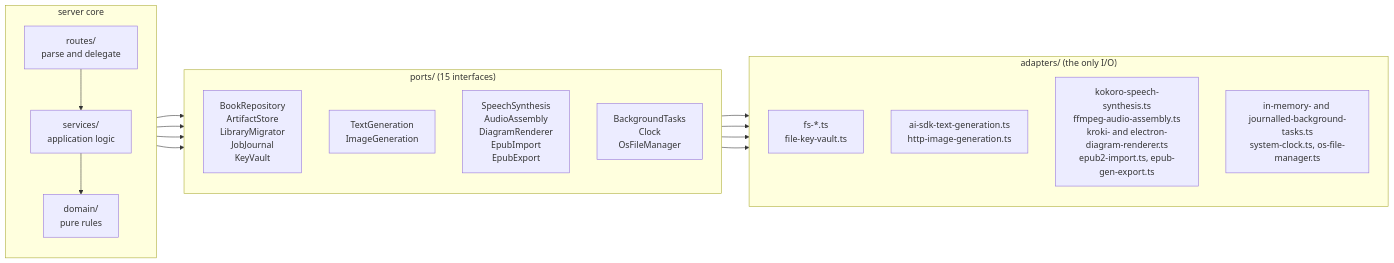
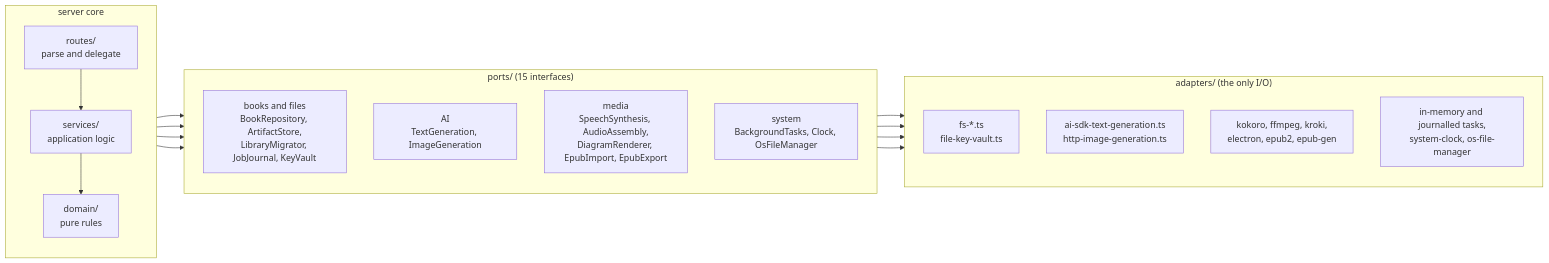
Before and after one commit to rsml/tutor: the second of 5 diagrams in ARCHITECTURE.md, drawn with Mermaid. The commit also changed other lines of this file and 3 other files, not shown here.

First line of the commit message:
docs: explain every port, label the diagram groups, and split the e2e doc

````diff
--- a/ARCHITECTURE.md
+++ b/ARCHITECTURE.md
@@ -34,36 +44,36 @@
 ```mermaid
 flowchart LR
   subgraph core["server core"]
     direction TB
     routes["routes/<br/>parse and delegate"]
     services["services/<br/>application logic"]
     domain["domain/<br/>pure rules"]
     routes --> services
     services --> domain
   end
 
   subgraph ports["ports/ (15 interfaces)"]
     direction TB
-    pStore["BookRepository<br/>ArtifactStore<br/>LibraryMigrator<br/>JobJournal<br/>KeyVault"]
-    pAi["TextGeneration<br/>ImageGeneration"]
-    pMedia["SpeechSynthesis<br/>AudioAssembly<br/>DiagramRenderer<br/>EpubImport<br/>EpubExport"]
-    pSys["BackgroundTasks<br/>Clock<br/>OsFileManager"]
+    pStore["books and files<br/>BookRepository, ArtifactStore,<br/>LibraryMigrator, JobJournal, KeyVault"]
+    pAi["AI<br/>TextGeneration, ImageGeneration"]
+    pMedia["media<br/>SpeechSynthesis, AudioAssembly,<br/>DiagramRenderer, EpubImport, EpubExport"]
+    pSys["system<br/>BackgroundTasks, Clock, OsFileManager"]
   end
 
   subgraph adapters["adapters/ (the only I/O)"]
     direction TB
     aStore["fs-*.ts<br/>file-key-vault.ts"]
     aAi["ai-sdk-text-generation.ts<br/>http-image-generation.ts"]
-    aMedia["kokoro-speech-synthesis.ts<br/>ffmpeg-audio-assembly.ts<br/>kroki- and electron-diagram-renderer.ts<br/>epub2-import.ts, epub-gen-export.ts"]
-    aSys["in-memory- and journalled-background-tasks.ts<br/>system-clock.ts, os-file-manager.ts"]
+    aMedia["kokoro, ffmpeg, kroki,<br/>electron, epub2, epub-gen"]
+    aSys["in-memory and journalled tasks,<br/>system-clock, os-file-manager"]
   end
 
   services --> pStore
   services --> pAi
   services --> pMedia
   services --> pSys
   pStore --> aStore
   pAi --> aAi
   pMedia --> aMedia
   pSys --> aSys
 ```
````
